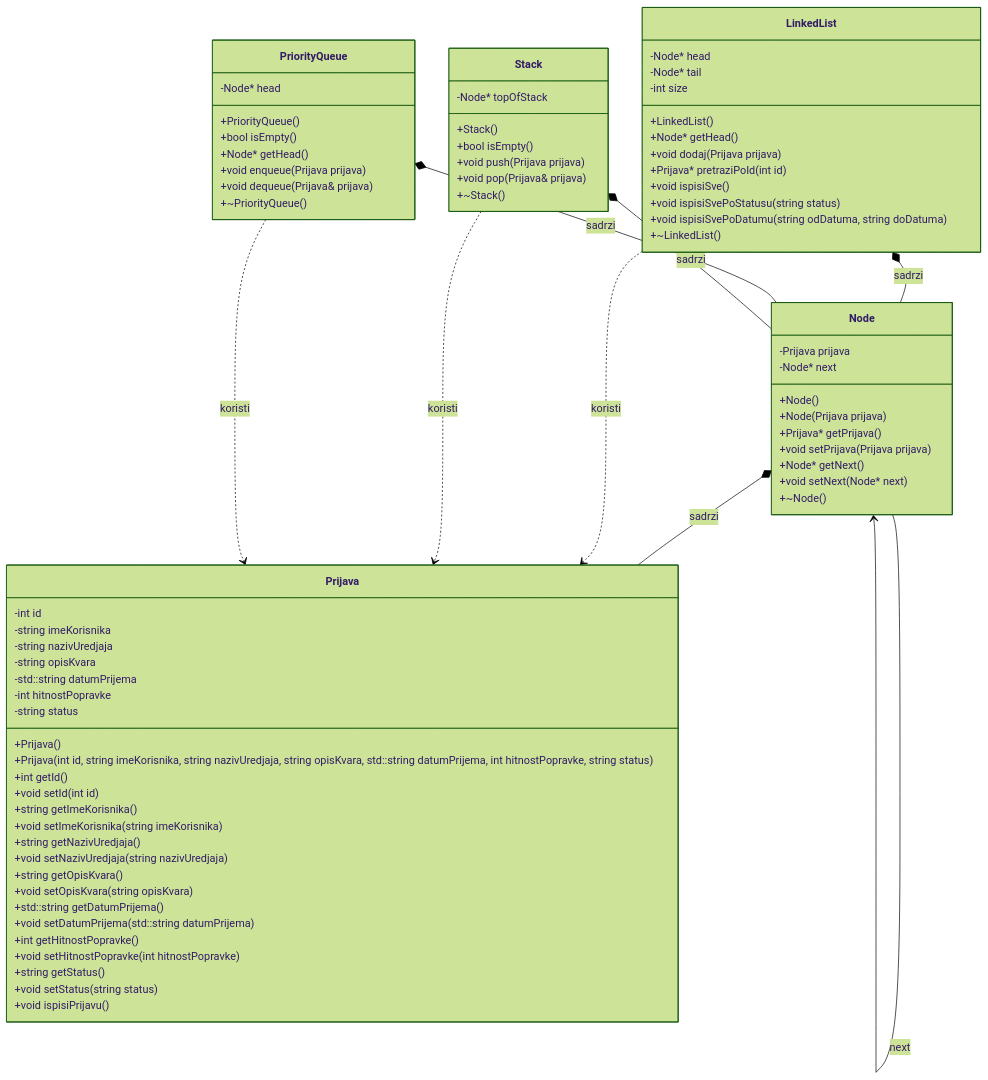
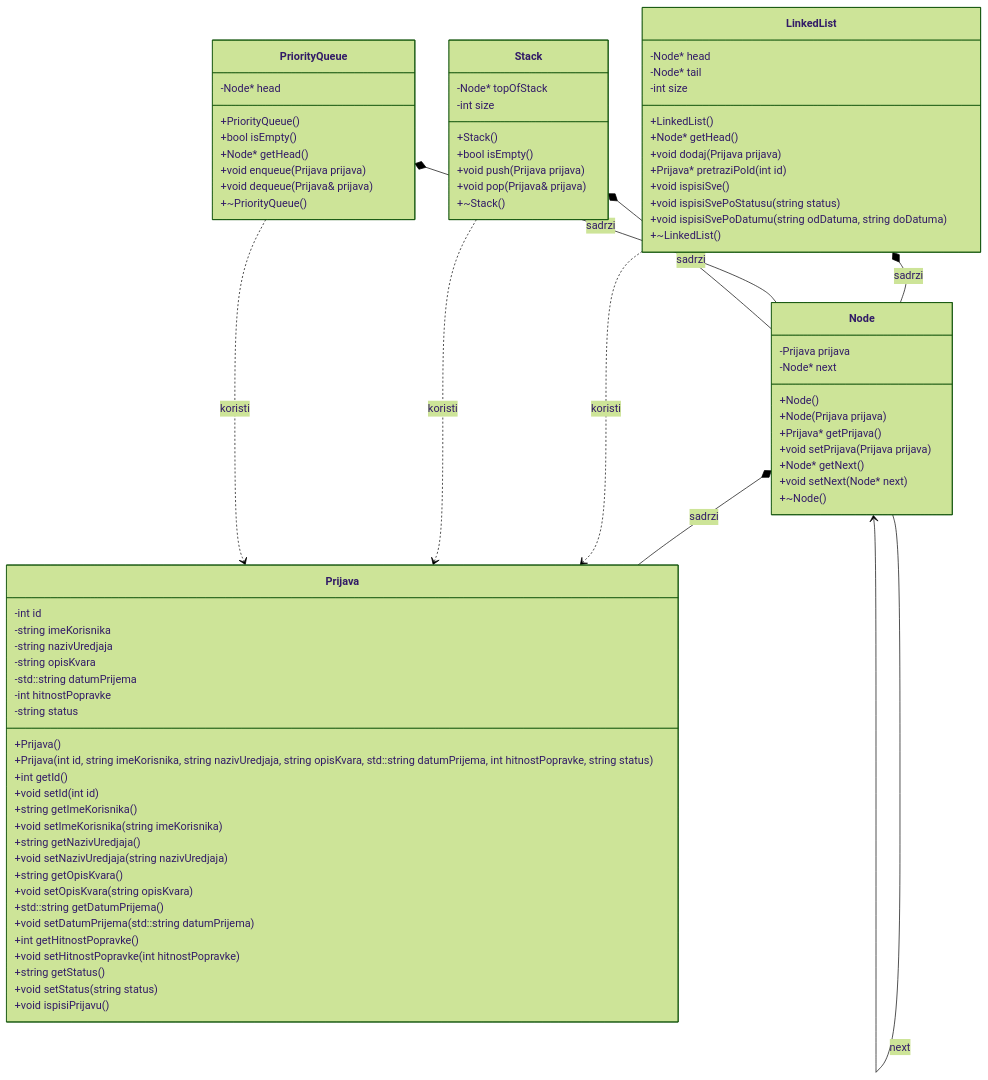
One commit to janantelj/Zadaca1 changed the diagram in README.md. Above: the diagram before and after it, drawn with Mermaid (forest theme). The commit also changed 5 other files, not shown here.

```diff
--- a/README.md
+++ b/README.md
@@ -78,6 +78,7 @@
 
     class Stack{
         -Node* topOfStack
+        -int size
 
         +Stack()
         +bool isEmpty()
```
